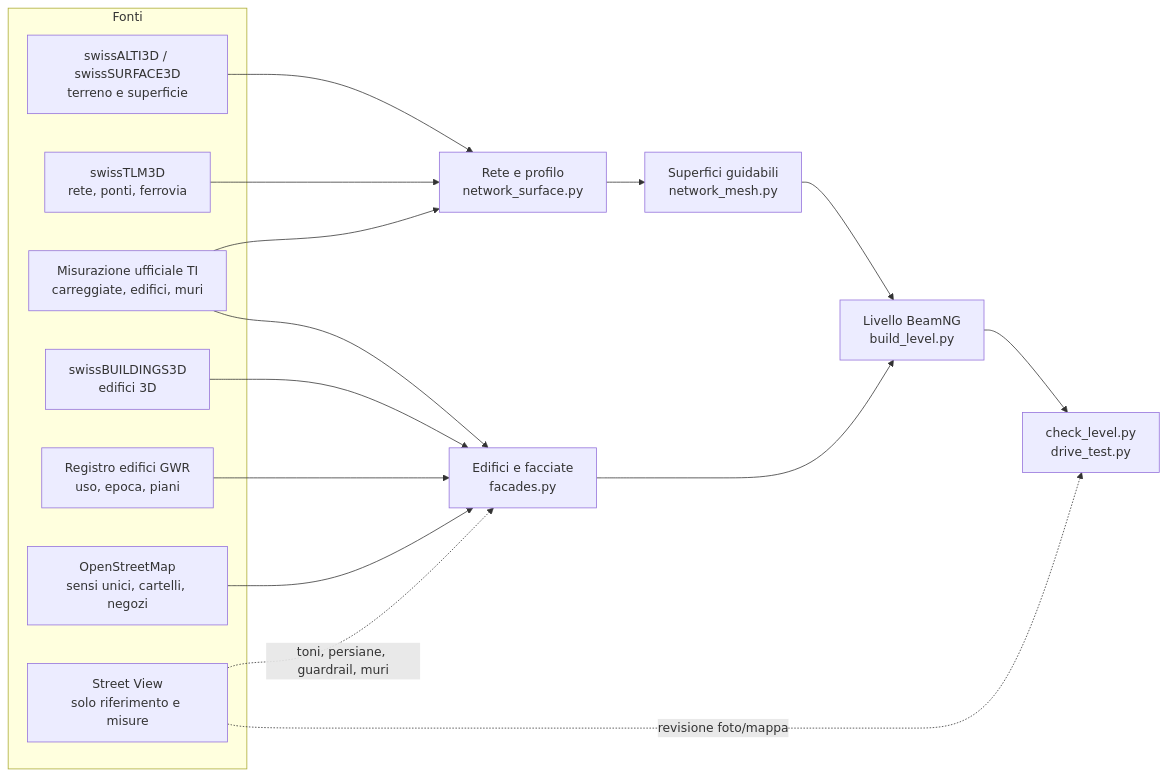
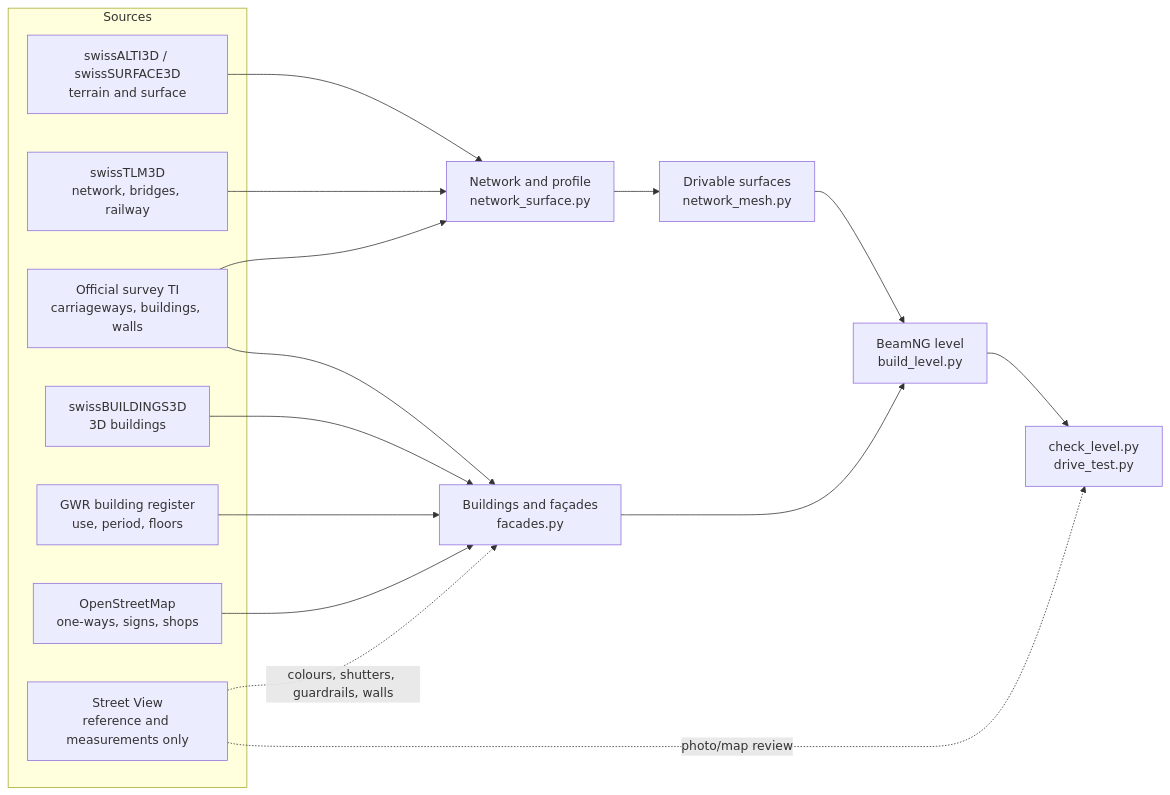
One commit to wintrymichi/magliasinaNG changed the diagram in README.md. Above: the diagram before and after it, drawn with Mermaid. The commit also changed other lines of this file and 7 other files, not shown here.

````diff
--- a/README.md
+++ b/README.md
@@ -82,19 +82,19 @@
 ```mermaid
 flowchart LR
-    subgraph Fonti
-        A[swissALTI3D / swissSURFACE3D<br/>terreno e superficie]
-        B[swissTLM3D<br/>rete, ponti, ferrovia]
-        C[Misurazione ufficiale TI<br/>carreggiate, edifici, muri]
-        D[swissBUILDINGS3D<br/>edifici 3D]
-        E[Registro edifici GWR<br/>uso, epoca, piani]
-        F[OpenStreetMap<br/>sensi unici, cartelli, negozi]
-        G[Street View<br/>solo riferimento e misure]
+    subgraph Sources
+        A[swissALTI3D / swissSURFACE3D<br/>terrain and surface]
+        B[swissTLM3D<br/>network, bridges, railway]
+        C[Official survey TI<br/>carriageways, buildings, walls]
+        D[swissBUILDINGS3D<br/>3D buildings]
+        E[GWR building register<br/>use, period, floors]
+        F[OpenStreetMap<br/>one-ways, signs, shops]
+        G[Street View<br/>reference and measurements only]
     end
-    A & B & C --> R[Rete e profilo<br/>network_surface.py]
-    R --> M[Superfici guidabili<br/>network_mesh.py]
-    D & C & E & F --> H[Edifici e facciate<br/>facades.py]
-    G -. toni, persiane, guardrail, muri .-> H
-    G -. revisione foto/mappa .-> Q[Verifica]
-    M & H --> L[Livello BeamNG<br/>build_level.py]
+    A & B & C --> R[Network and profile<br/>network_surface.py]
+    R --> M[Drivable surfaces<br/>network_mesh.py]
+    D & C & E & F --> H[Buildings and façades<br/>facades.py]
+    G -. colours, shutters, guardrails, walls .-> H
+    G -. photo/map review .-> Q[Verification]
+    M & H --> L[BeamNG level<br/>build_level.py]
     L --> Q[check_level.py<br/>drive_test.py]
 ```
````
